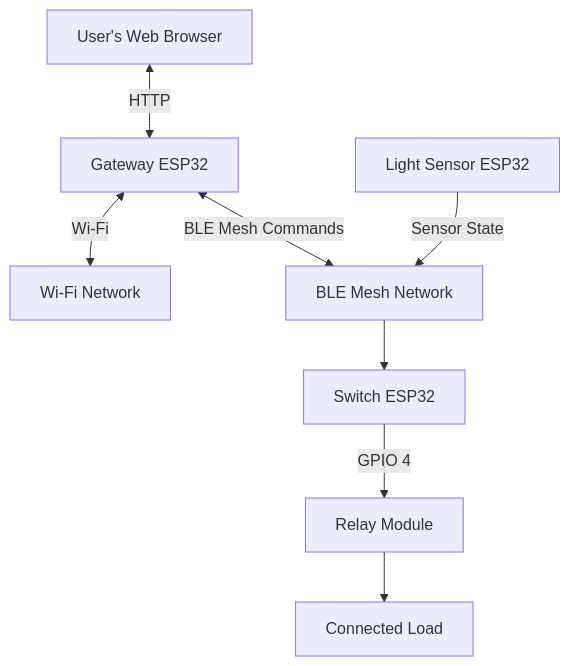
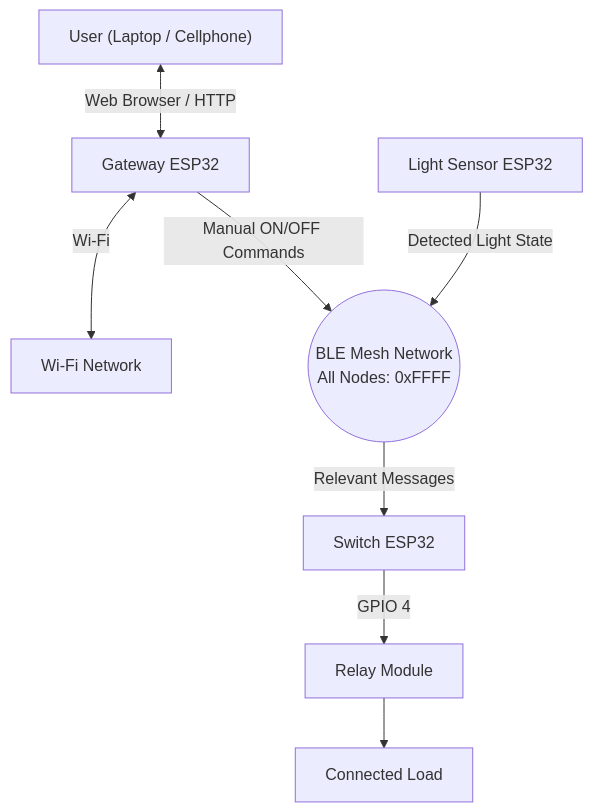
Before and after one commit to candiceguinoo/BCA152_ESP32_SmartHome: the diagram in README.md, drawn with Mermaid. The commit also changed other lines of this file, not shown here.

````diff
--- a/README.md
+++ b/README.md
@@ -131,18 +84,21 @@
 ```mermaid
-flowchart TB
-    U["User's Web Browser"]
+flowchart TD
+    U["User (Laptop / Cellphone)"]
+    W["Wi-Fi Network"]
     G["Gateway ESP32"]
-    M["BLE Mesh Network"]
+
+    M(("BLE Mesh Network<br/>All Nodes: 0xFFFF"))
+
     L["Light Sensor ESP32"]
     S["Switch ESP32"]
     R["Relay Module"]
     D["Connected Load"]
 
-    U <-->|HTTP| G
-    G <-->|Wi-Fi| W["Wi-Fi Network"]
-    G <-->|BLE Mesh Commands| M
-    L -->|Sensor State| M
-    M --> S
+    U <-->|Web Browser / HTTP| G
+    G <-->|Wi-Fi| W
+    G -->|Manual ON/OFF Commands| M
+    L -->|Detected Light State| M
+    M -->|Relevant Messages| S
     S -->|GPIO 4| R
     R --> D
 ```
````
